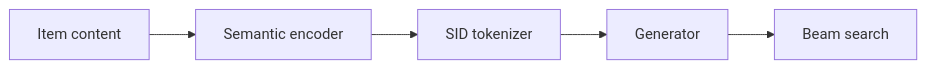
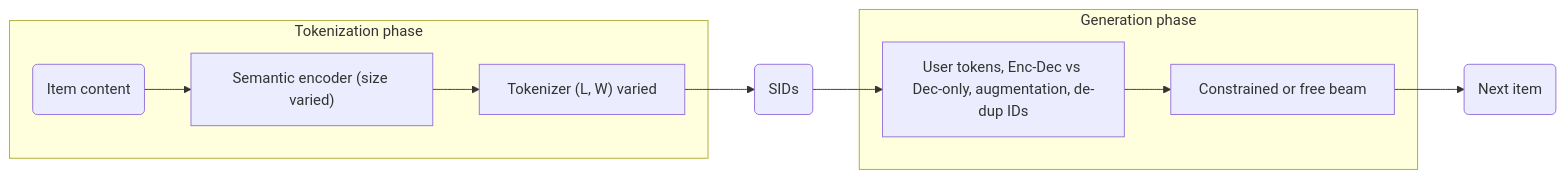
Before and after one commit to Galaxy-ghost/Awesome-SID-Generative-Rec: the diagram in notes/grid.md, drawn with Mermaid. The commit also changed 521 other files, not shown here.

Commit message:
writer-04 part 3: algorithm diagrams with shared shape conventions, README hero and paper cards, archive removed

````diff
--- a/notes/grid.md
+++ b/notes/grid.md
@@ -9,7 +9,12 @@
 ```mermaid
 flowchart LR
-    A[Item content] --> B[Semantic encoder]
-    B --> C[SID tokenizer]
-    C --> D[Generator]
-    D --> E[Beam search]
+    subgraph Tok["Tokenization phase"]
+        A("Item content") --> B["Semantic encoder (size varied)"]
+        B --> C["Tokenizer (L, W) varied"]
+    end
+    subgraph Gen["Generation phase"]
+        D["User tokens, Enc-Dec vs Dec-only, augmentation, de-dup IDs"] --> E["Constrained or free beam"]
+    end
+    C --> F("SIDs") --> D
+    E --> G("Next item")
 ```
````
